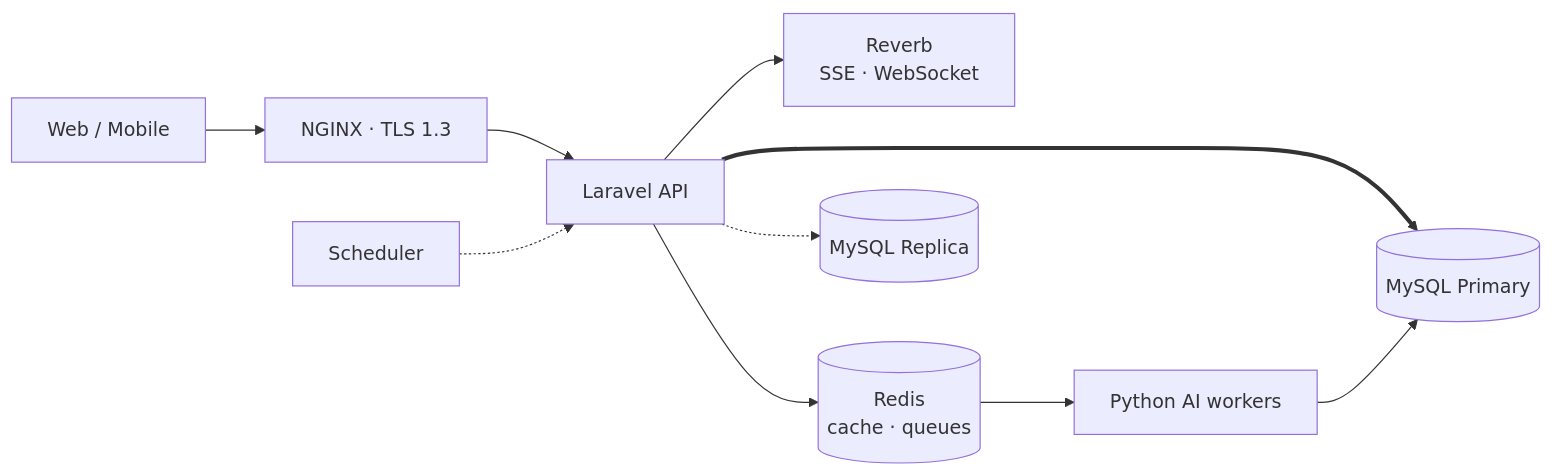
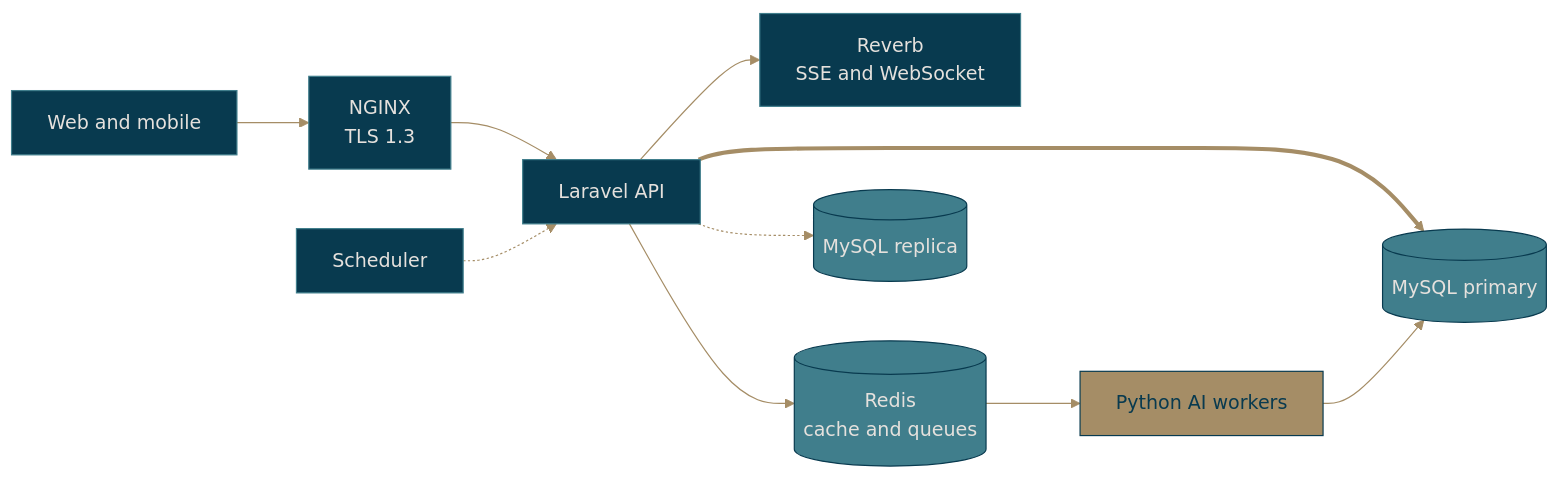
The diagram in README.md (Atlantech-project/project-backend), drawn with Mermaid before and after one commit. The commit also changed other lines of this file and 4 other files, not shown here.

````diff
--- a/README.md
+++ b/README.md
@@ -38,11 +41,16 @@
 ```mermaid
+%%{init: {'theme':'base','themeVariables':{'primaryColor':'#083A4F','primaryTextColor':'#E5E1DD','primaryBorderColor':'#407E8C','lineColor':'#A58D66','fontFamily':'Montserrat, Inter, sans-serif'}}}%%
 flowchart LR
-    C["Web / Mobile"] --> N["NGINX · TLS 1.3"] --> A["Laravel API"]
-    A --> RT["Reverb<br/>SSE · WebSocket"]
-    A --> R[("Redis<br/>cache · queues")]
+    C["Web and mobile"] --> N["NGINX<br/>TLS 1.3"] --> A["Laravel API"]
+    A --> RT["Reverb<br/>SSE and WebSocket"]
+    A --> R[("Redis<br/>cache and queues")]
     R --> W["Python AI workers"]
-    A ==> P[("MySQL Primary")]
-    A -.-> RP[("MySQL Replica")]
+    A ==> P[("MySQL primary")]
+    A -.-> RP[("MySQL replica")]
     W --> P
     S["Scheduler"] -.-> A
+    classDef gold fill:#A58D66,stroke:#083A4F,color:#083A4F
+    classDef teal fill:#407E8C,stroke:#083A4F,color:#E5E1DD
+    class W gold
+    class R,P,RP teal
 ```
````
